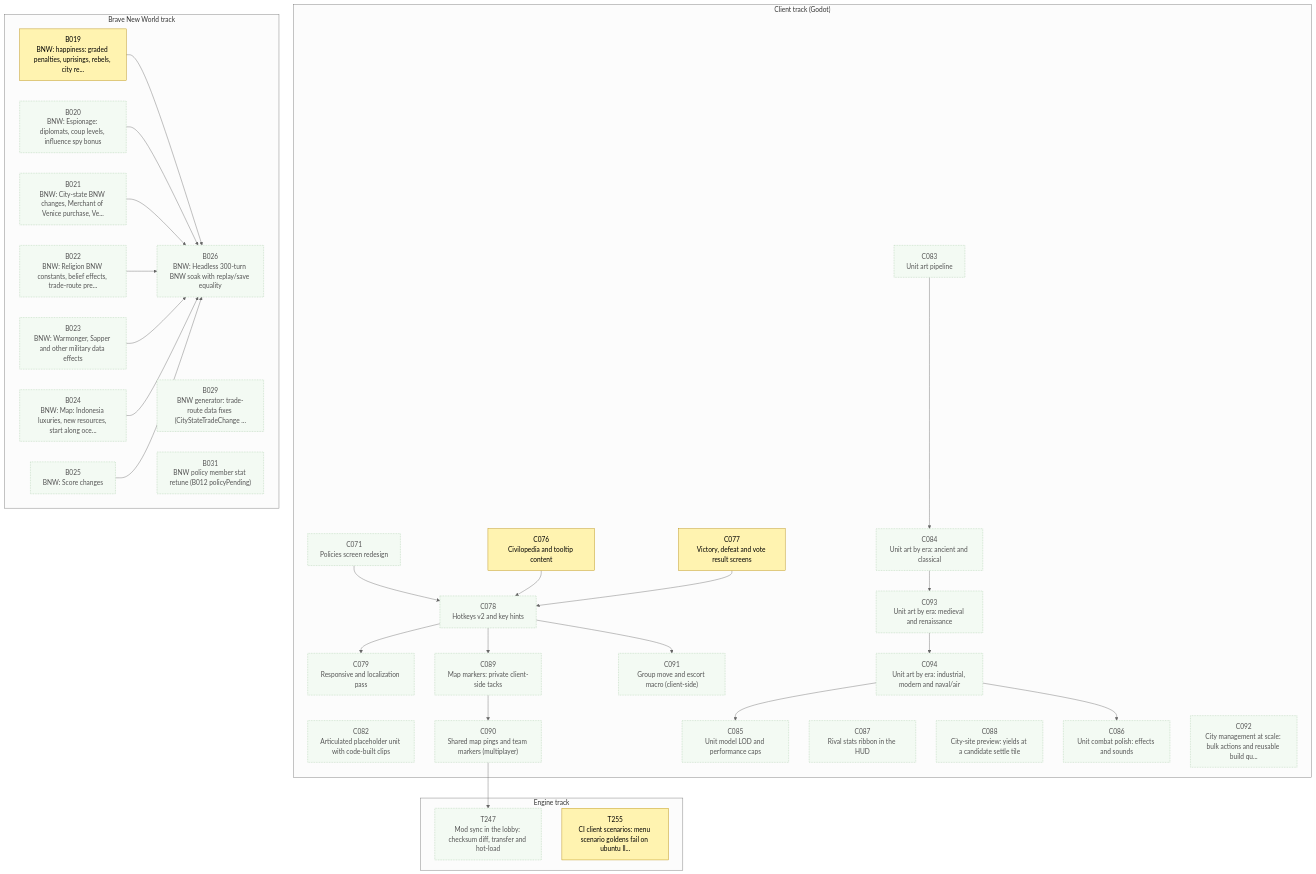
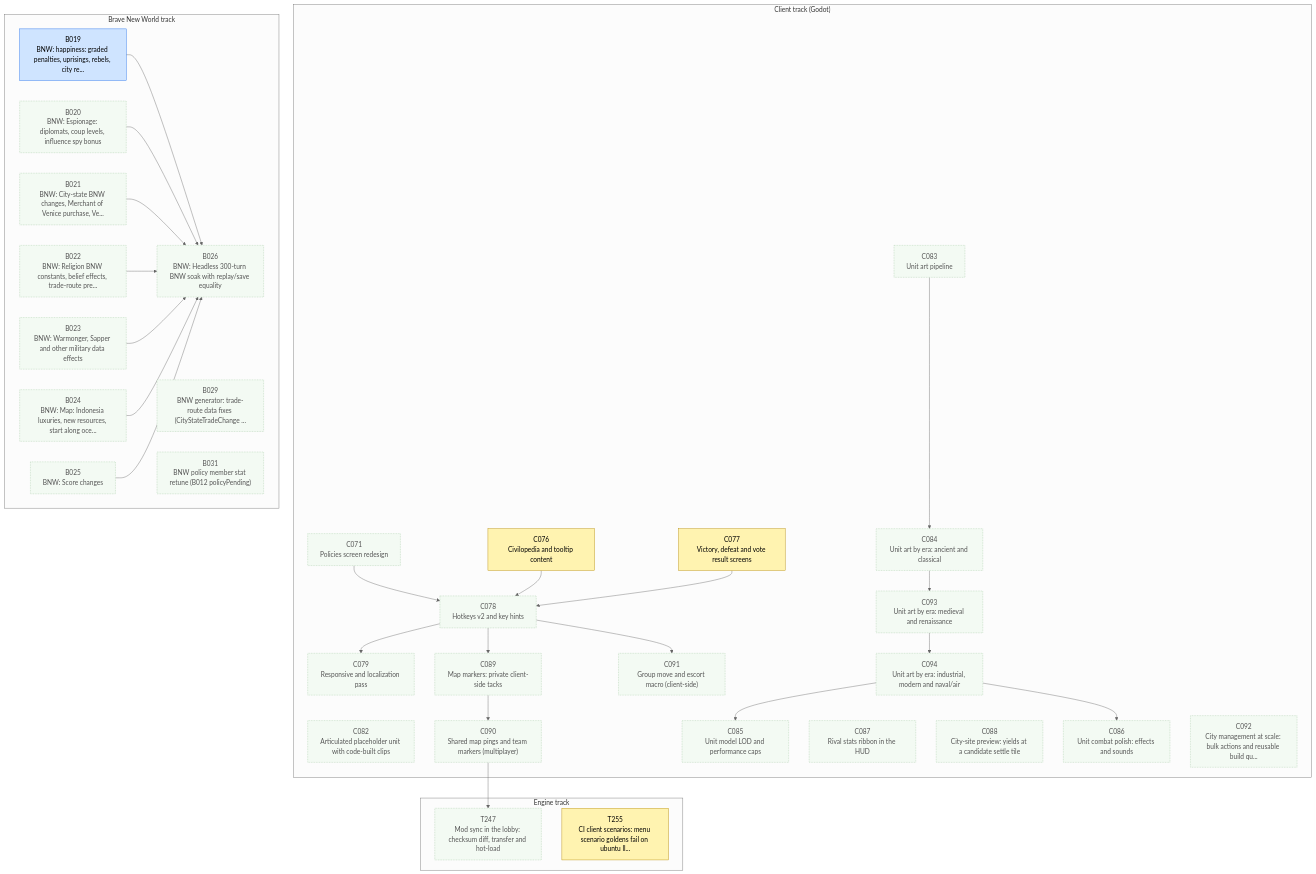
One commit to Kenmura/Unciv changed the first of 3 diagrams in csharp/migration/DEPENDENCY_MAP.md. Above: the diagram before and after it, drawn with Mermaid (neutral theme). The commit also changed other lines of this file and 1 other file, not shown here.

Commit message:
migration: implement B019 [Claude]

```diff
--- a/csharp/migration/DEPENDENCY_MAP.md
+++ b/csharp/migration/DEPENDENCY_MAP.md
@@ -87,7 +87,7 @@
   classDef review fill:#cfe4ff,stroke:#1f6feb,color:#000
   classDef blocked fill:#ffd6d6,stroke:#c62828,color:#000
   classDef done fill:#eeeeee,stroke:#999999,color:#666,stroke-dasharray:4 3
-  class B019 prog
+  class B019 review
   class B020 waiting
   class B021 waiting
   class B022 waiting
```
